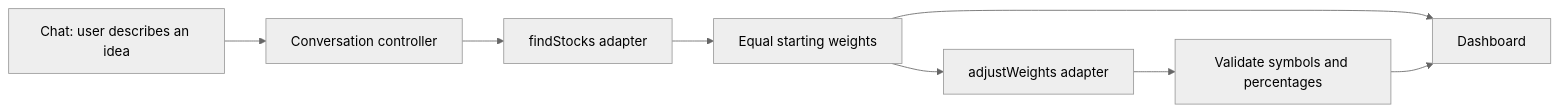
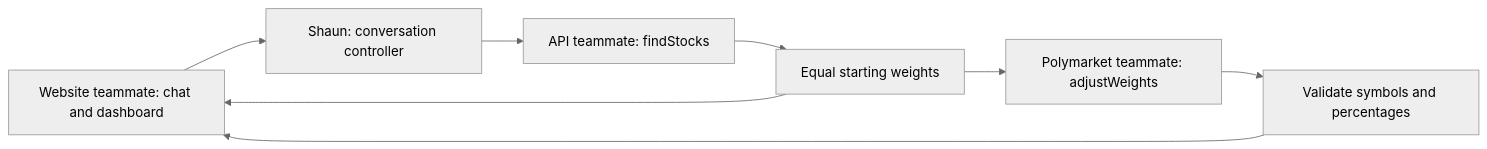
One commit to becomingWise/HackKnight-personal-etf changed the diagram in docs/architecture.md. Above: the diagram before and after it, drawn with Mermaid (neutral theme). The commit also changed other lines of this file and 9 other files, not shown here.

Commit message:
Limit contribution to framework and leave website implementation to teammate

````diff
--- a/docs/architecture.md
+++ b/docs/architecture.md
@@ -5,10 +5,10 @@
 ```mermaid
 flowchart LR
-  Chat[Chat: user describes an idea] --> Controller[Conversation controller]
-  Controller --> StockAdapter[findStocks adapter]
+  Website[Website teammate: chat and dashboard] --> Controller[Shaun: conversation controller]
+  Controller --> StockAdapter[API teammate: findStocks]
   StockAdapter --> Baseline[Equal starting weights]
-  Baseline --> Dashboard[Dashboard]
-  Baseline --> WeightAdapter[adjustWeights adapter]
+  Baseline --> Website
+  Baseline --> WeightAdapter[Polymarket teammate: adjustWeights]
   WeightAdapter --> Validation[Validate symbols and percentages]
-  Validation --> Dashboard
+  Validation --> Website
 ```
````
